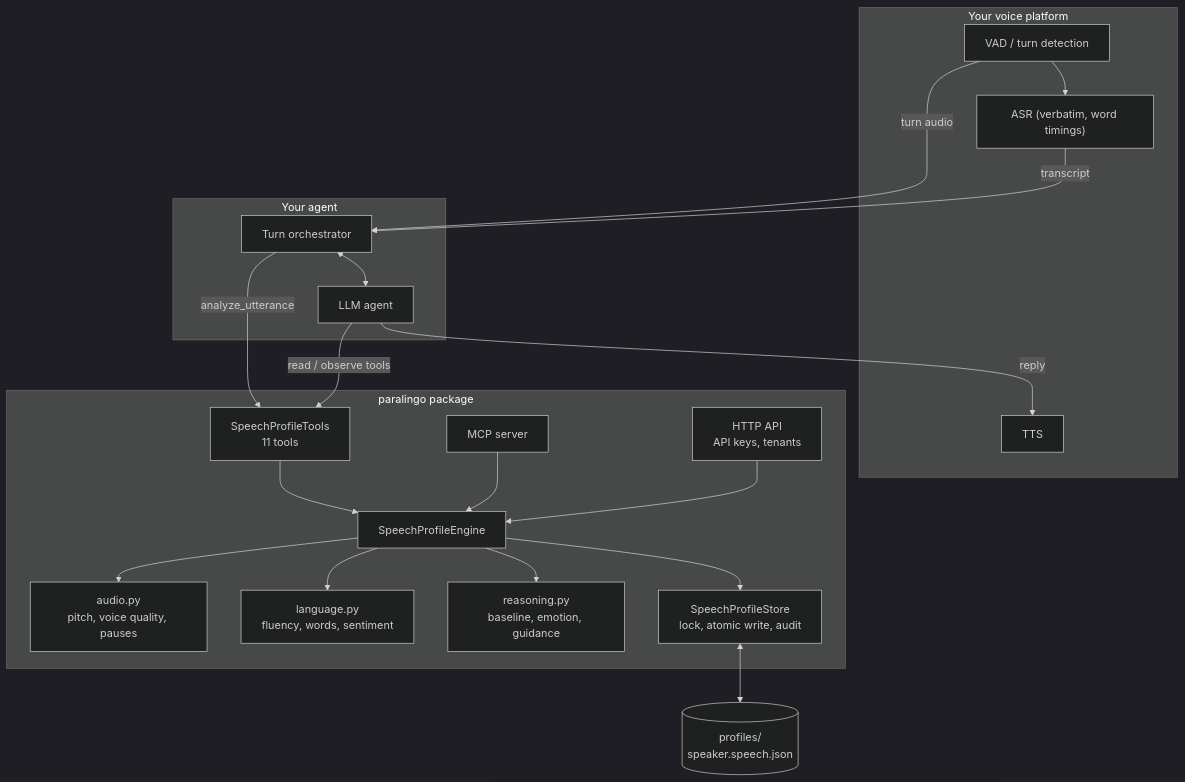
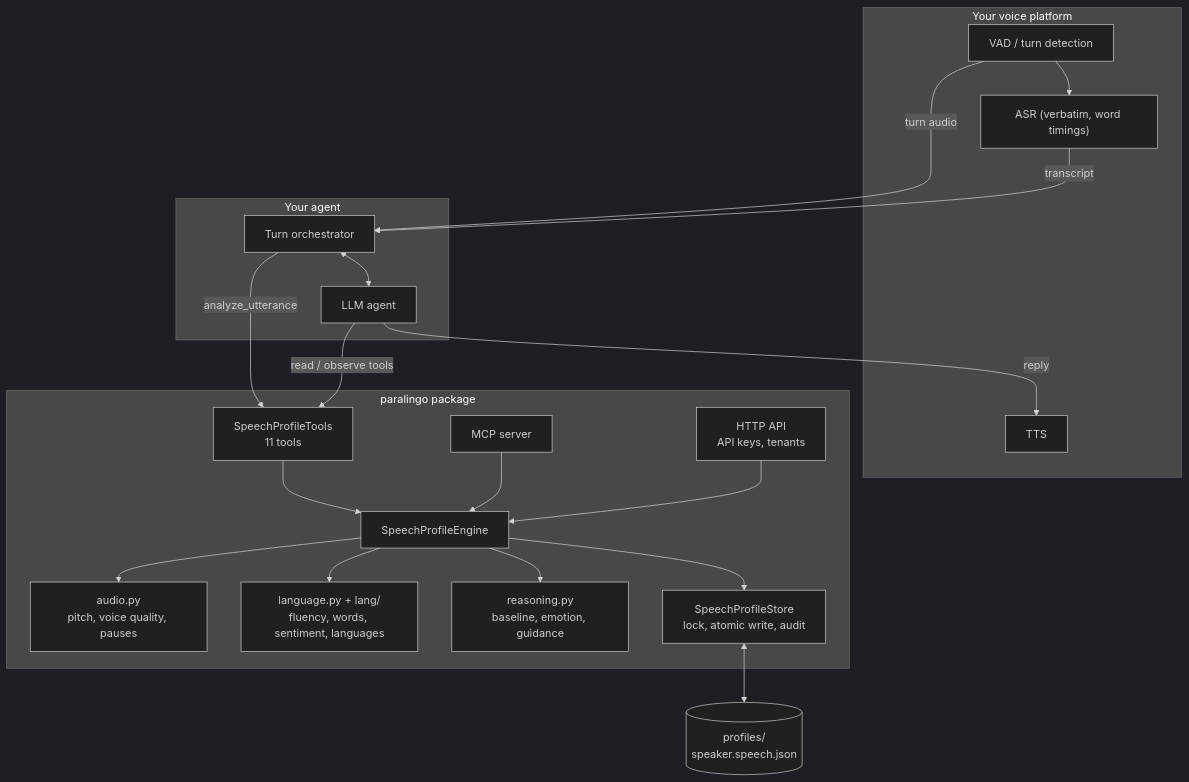
Before and after one commit to namashworks/paralingo: the first of 2 diagrams in docs/architecture.md, drawn with Mermaid (dark theme). The commit also changed other lines of this file and 26 other files, not shown here.

````diff
--- a/docs/architecture.md
+++ b/docs/architecture.md
@@ -5,28 +5,28 @@
 ```mermaid
 flowchart TB
     subgraph Voice["Your voice platform"]
         VAD["VAD / turn detection"] --> ASR["ASR (verbatim, word timings)"]
         TTS["TTS"]
     end
     subgraph App["Your agent"]
         Orch["Turn orchestrator"]
         LLM["LLM agent"]
     end
     subgraph P["paralingo package"]
         Tools["SpeechProfileTools<br/>11 tools"] --> Engine["SpeechProfileEngine"]
         MCP["MCP server"] --> Engine
         API["HTTP API<br/>API keys, tenants"] --> Engine
         Engine --> Audio["audio.py<br/>pitch, voice quality, pauses"]
-        Engine --> Lang["language.py<br/>fluency, words, sentiment"]
+        Engine --> Lang["language.py + lang/<br/>fluency, words, sentiment, languages"]
         Engine --> Reason["reasoning.py<br/>baseline, emotion, guidance"]
         Engine --> Store["SpeechProfileStore<br/>lock, atomic write, audit"]
     end
     Files[("profiles/<br/>speaker.speech.json")]
     VAD -- "turn audio" --> Orch
     ASR -- "transcript" --> Orch
     Orch -- "analyze_utterance" --> Tools
     Orch <--> LLM
     LLM -- "read / observe tools" --> Tools
     LLM -- "reply" --> TTS
     Store <--> Files
 ```
````
